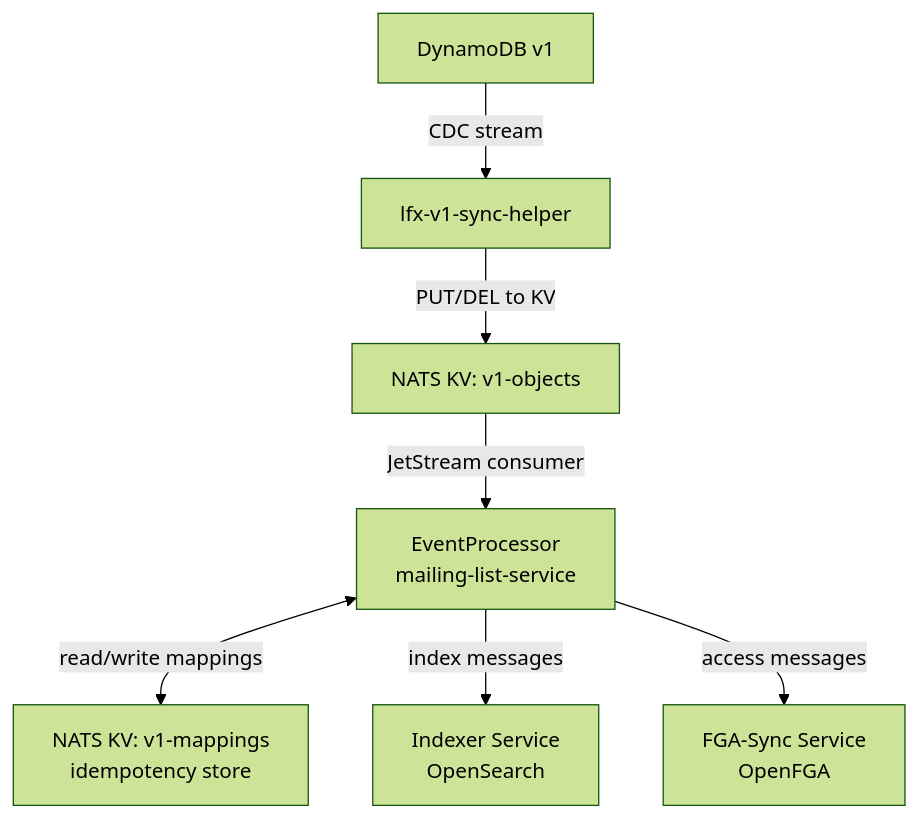
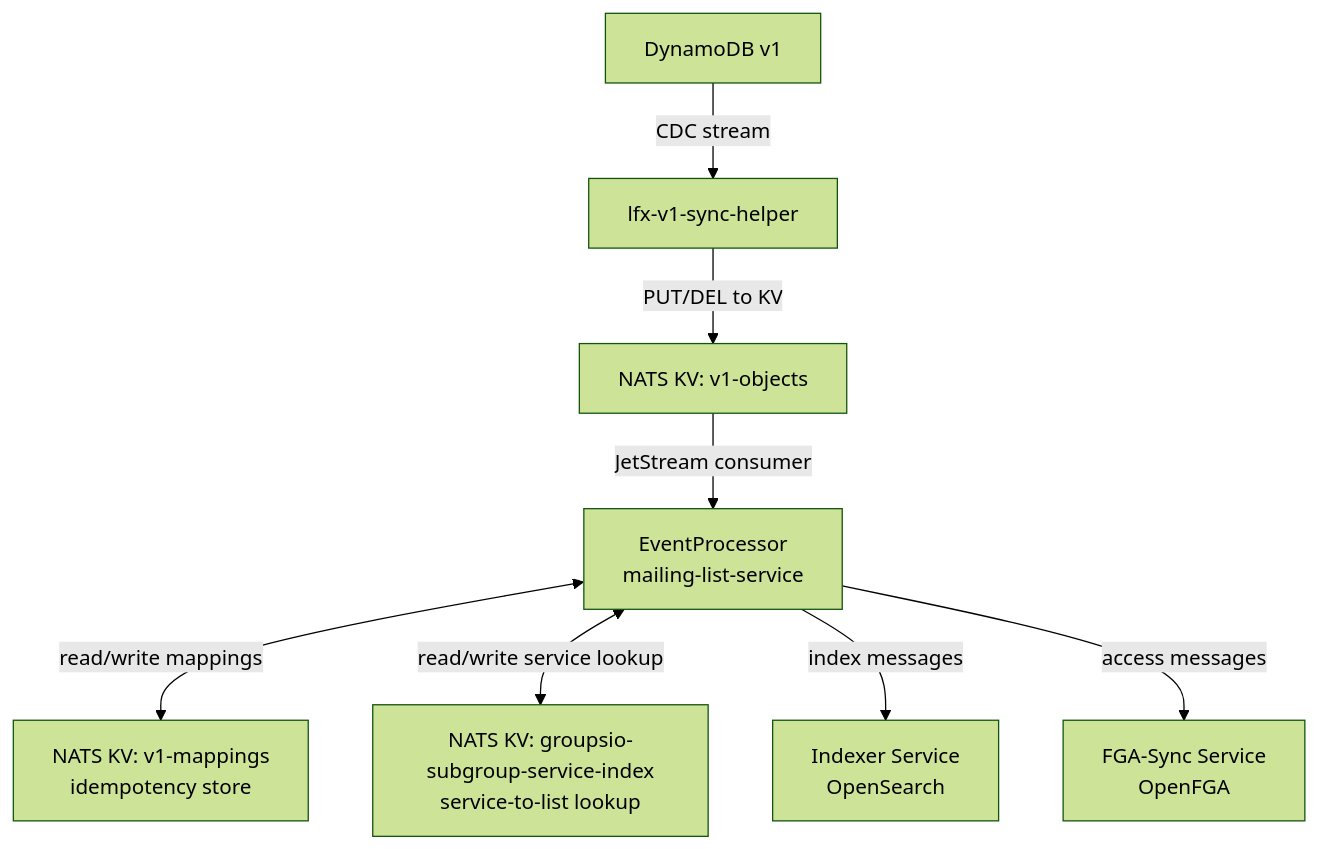
The first of 5 diagrams in docs/event-processing.md (linuxfoundation/lfx-v2-mailing-list-service), drawn with Mermaid (forest theme) before and after one commit. The commit also changed other lines of this file and 22 other files, not shown here.

Commit message:
feat: index mailing lists by service for domain propagation

````diff
--- a/docs/event-processing.md
+++ b/docs/event-processing.md
@@ -15,17 +15,19 @@
 ```mermaid
 graph TD
     DDB[DynamoDB v1]
     SH[lfx-v1-sync-helper]
     KV1[NATS KV: v1-objects]
     EP[EventProcessor<br/>mailing-list-service]
     KV2[NATS KV: v1-mappings<br/>idempotency store]
+    KVI[NATS KV: groupsio-subgroup-service-index<br/>service-to-list lookup]
     IDX[Indexer Service<br/>OpenSearch]
     FGA[FGA-Sync Service<br/>OpenFGA]
 
     DDB -->|CDC stream| SH
     SH -->|PUT/DEL to KV| KV1
     KV1 -->|JetStream consumer| EP
     EP <-->|read/write mappings| KV2
+    EP <-->|read/write service lookup| KVI
     EP -->|index messages| IDX
     EP -->|access messages| FGA
 ```
````
